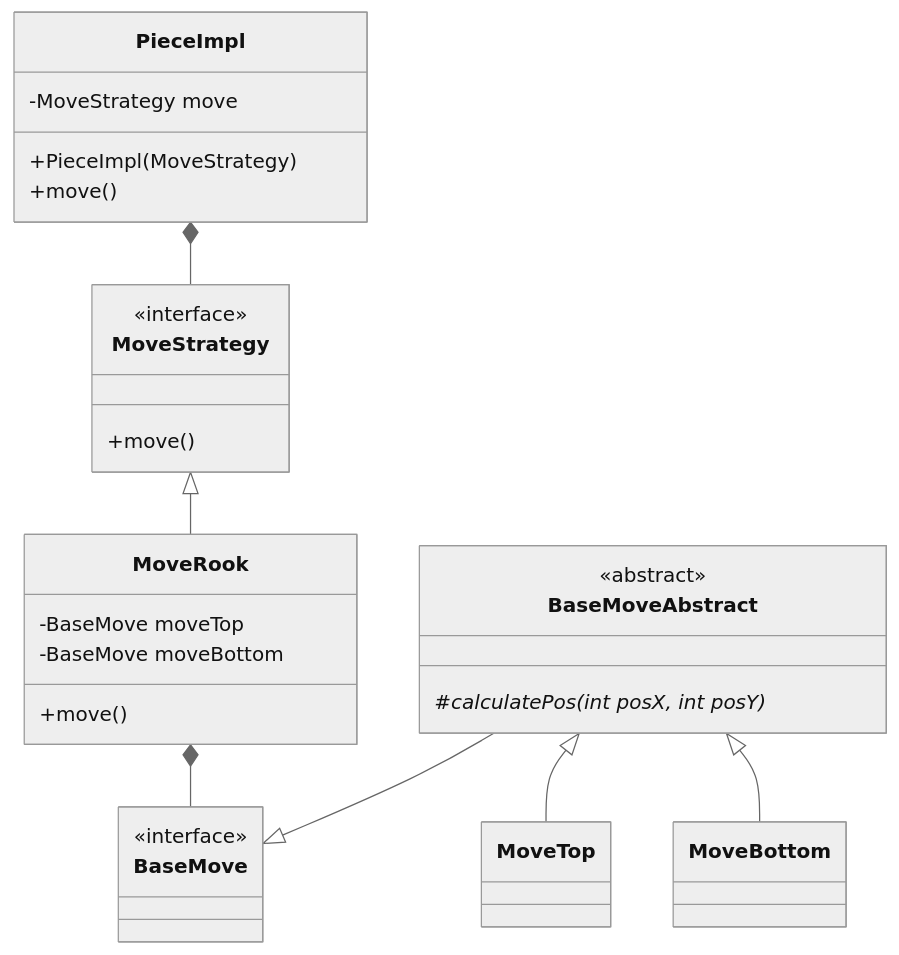
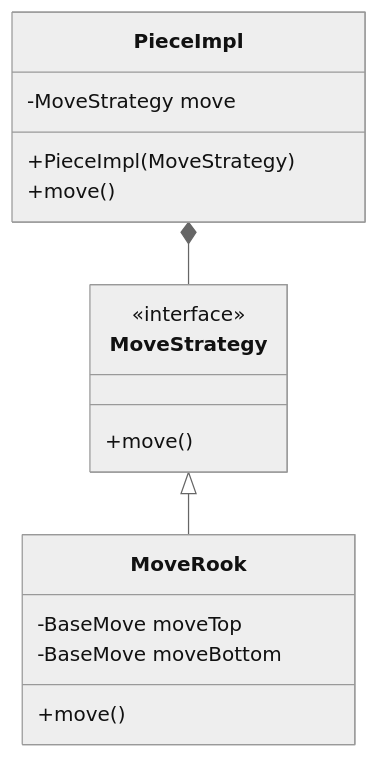
The fourth of 5 diagrams in README.md (alessandroArrighi/pss23-24-ChessGravity-Arrighi), drawn with Mermaid (neutral theme) before and after one commit. The commit also changed other lines of this file, not shown here.

Commit message:
add movement strategy description

````diff
--- a/README.md
+++ b/README.md
@@ -192,39 +194,23 @@
 ```mermaid
 classDiagram
 
 class PieceImpl {
     -MoveStrategy move
     +PieceImpl(MoveStrategy)
     +move()
 }
 
 class MoveStrategy {
     +move()
 }
 <<interface>> MoveStrategy
 
-class BaseMove
-<<interface>> BaseMove
-
-class MoveTop {}
-
-class MoveBottom {}
-
 class MoveRook {
     -BaseMove moveTop
     -BaseMove moveBottom
     +move()
 }
 
-class BaseMoveAbstract {
-    #calculatePos(int posX, int posY)*
-}
-<<abstract>> BaseMoveAbstract
-
 MoveStrategy <|-- MoveRook
-BaseMoveAbstract --|> BaseMove
-BaseMoveAbstract <|-- MoveTop
-BaseMoveAbstract <|-- MoveBottom
-MoveRook *-- BaseMove
 PieceImpl *-- MoveStrategy
 ```
````
